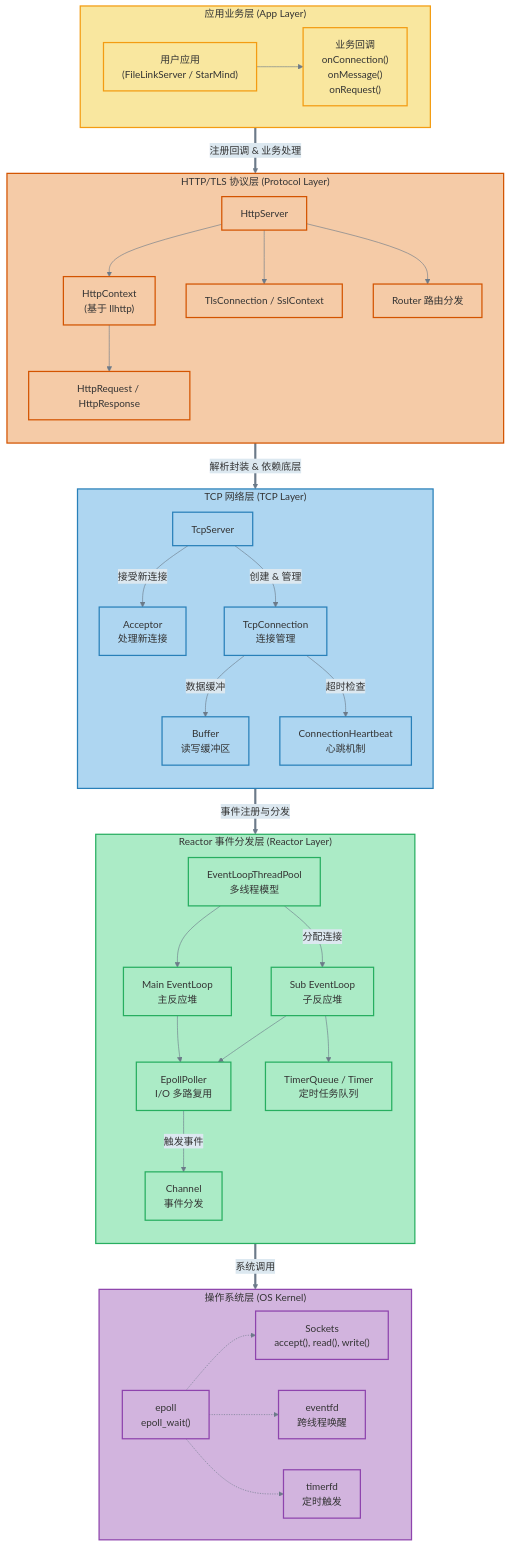
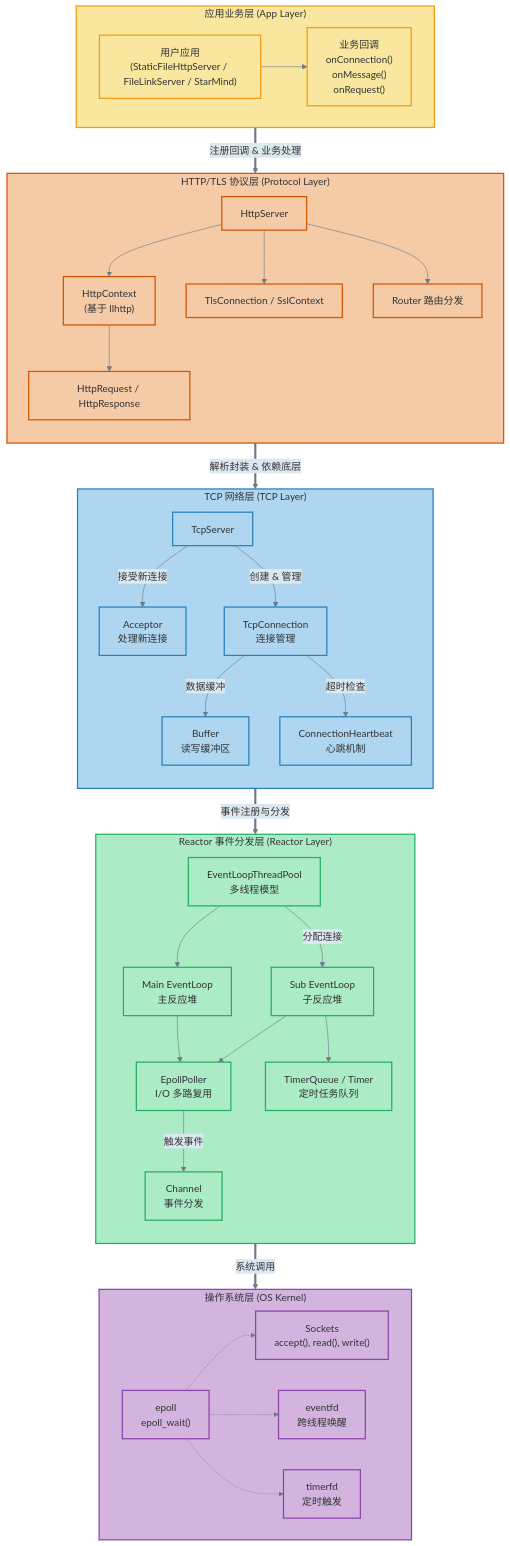
Before and after one commit to WenXingming/Tudou: the first of 6 diagrams in docs/Architecture.md, drawn with Mermaid. The commit also changed 1 other file, not shown here.

Commit message:
Update: README

```diff
--- a/docs/Architecture.md
+++ b/docs/Architecture.md
@@ -26,7 +26,7 @@
 
     subgraph AppBusiness ["应用业务层 (App Layer)"]
         direction LR
-        App["用户应用\n(FileLinkServer / StarMind)"]
+        App["用户应用\n(StaticFileHttpServer / FileLinkServer / StarMind)"]
         UserCallbacks["业务回调\nonConnection()\nonMessage()\nonRequest()"]
         App --> UserCallbacks
     end
```
